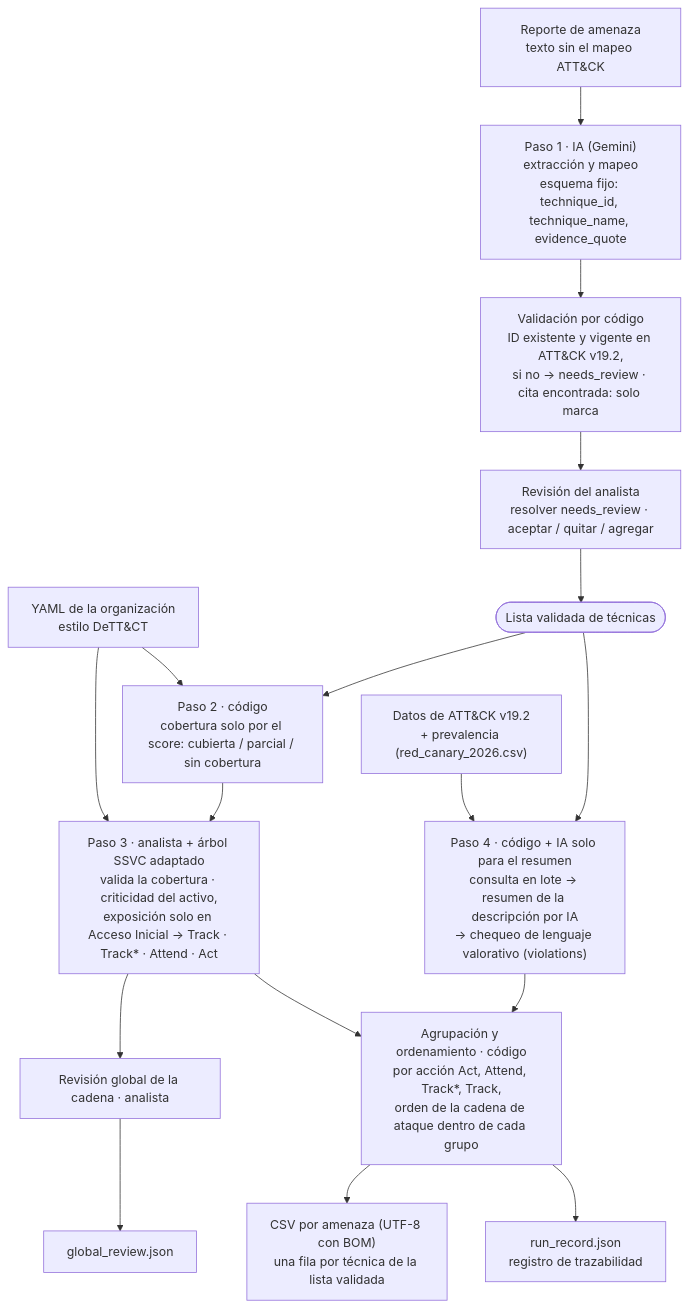
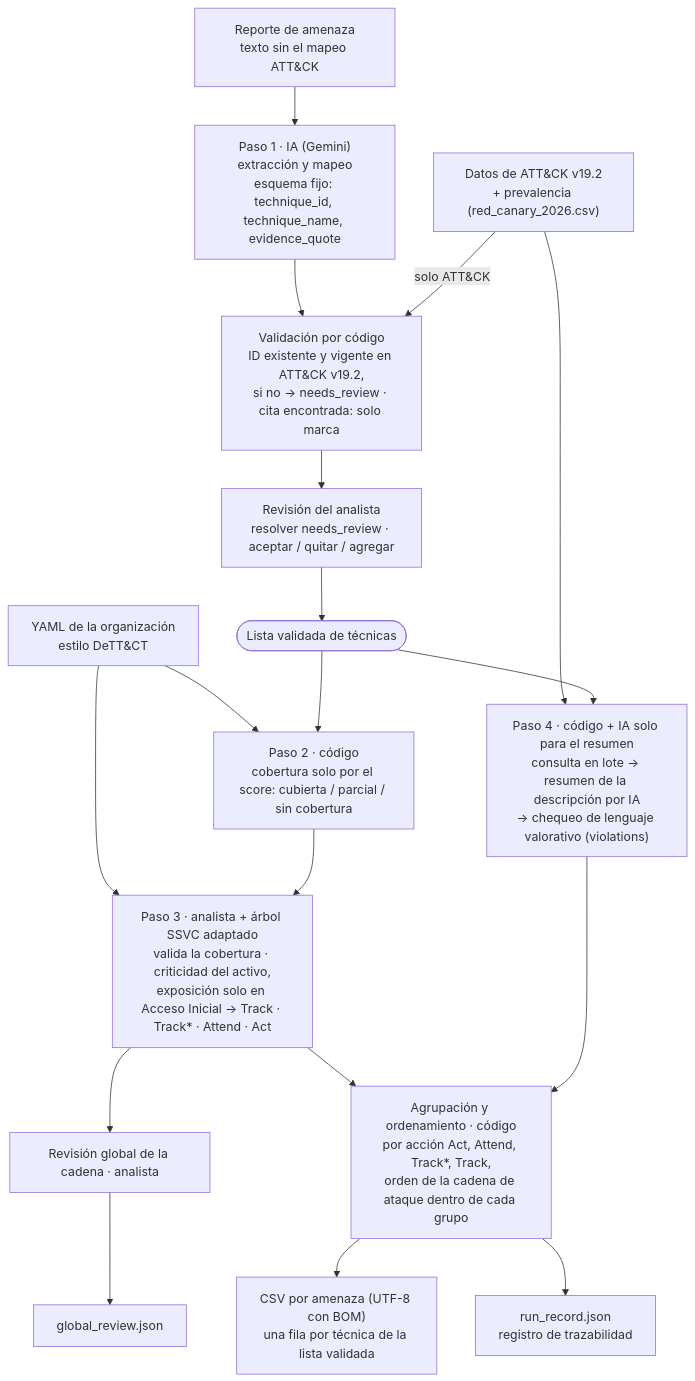
The diagram in README.es.md (Mumogg/attack-exposure-model), drawn with Mermaid before and after one commit. The commit also changed 1 other file, not shown here.

Commit message:
docs: add ATT&CK → code validation arrow to the README flow diagram
validate_candidates checks each ID against the ATT&CK v19.2 data
(attack.validate_id / attack.get). The edge is labeled ATT&CK-only so it
does not suggest the prevalence CSV is used in step 1.

````diff
--- a/README.es.md
+++ b/README.es.md
@@ -33,19 +33,20 @@
 ```mermaid
 flowchart TD
     R["Reporte de amenaza<br/>texto sin el mapeo ATT&CK"] --> P1
     P1["Paso 1 · IA (Gemini)<br/>extracción y mapeo<br/>esquema fijo: technique_id, technique_name, evidence_quote"] --> V["Validación por código<br/>ID existente y vigente en ATT&CK v19.2,<br/>si no → needs_review · cita encontrada: solo marca"]
     V --> A1["Revisión del analista<br/>resolver needs_review · aceptar / quitar / agregar"]
     A1 --> L(["Lista validada de técnicas"])
     O["YAML de la organización<br/>estilo DeTT&CT"] --> P2
     O --> P3
     L --> P2["Paso 2 · código<br/>cobertura solo por el score: cubierta / parcial / sin cobertura"]
     P2 --> P3["Paso 3 · analista + árbol SSVC adaptado<br/>valida la cobertura · criticidad del activo,<br/>exposición solo en Acceso Inicial → Track · Track* · Attend · Act"]
     P3 --> G["Revisión global de la cadena · analista"]
     G --> GJ["global_review.json"]
     K["Datos de ATT&CK v19.2<br/>+ prevalencia (red_canary_2026.csv)"] --> P4
+    K -->|"solo ATT&CK"| V
     L --> P4["Paso 4 · código + IA solo para el resumen<br/>consulta en lote → resumen de la descripción por IA<br/>→ chequeo de lenguaje valorativo (violations)"]
     P3 --> S["Agrupación y ordenamiento · código<br/>por acción Act, Attend, Track*, Track,<br/>orden de la cadena de ataque dentro de cada grupo"]
     P4 --> S
     S --> CSV["CSV por amenaza (UTF-8 con BOM)<br/>una fila por técnica de la lista validada"]
     S --> RR["run_record.json<br/>registro de trazabilidad"]
 ```
````
